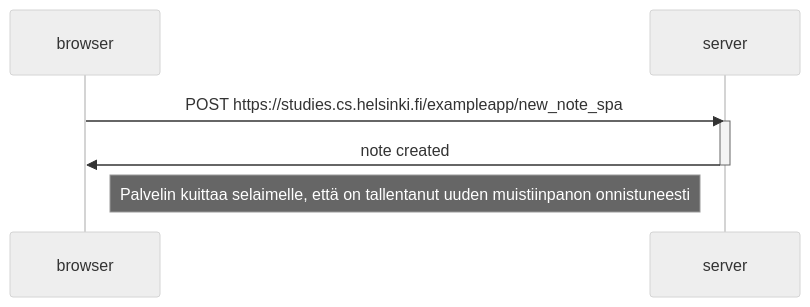
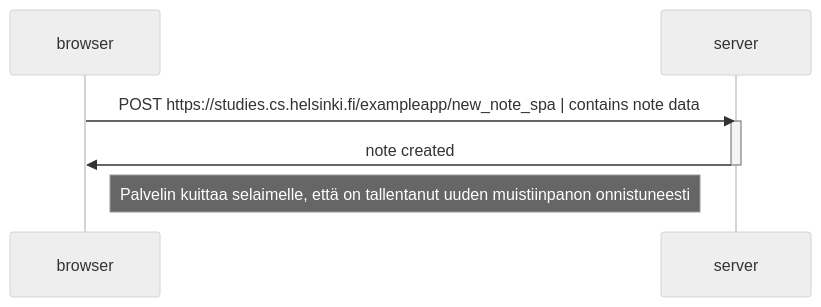
The third of 3 diagrams in osa0/README.md (DatCaoTram/full-stack-open), drawn with Mermaid (neutral theme) before and after one commit. The commit also changed other lines of this file, not shown here.

Commit message:
update osa0

````diff
--- a/osa0/README.md
+++ b/osa0/README.md
@@ -67,12 +67,12 @@
 ```mermaid
 sequenceDiagram
     participant browser
     participant server
     
-    browser->>server: POST https://studies.cs.helsinki.fi/exampleapp/new_note_spa
+    browser->>server: POST https://studies.cs.helsinki.fi/exampleapp/new_note_spa | contains note data
     activate server
     server->>browser: note created
     deactivate server
 
     Note right of browser: Palvelin kuittaa selaimelle, että on tallentanut uuden muistiinpanon onnistuneesti
 ```
````
